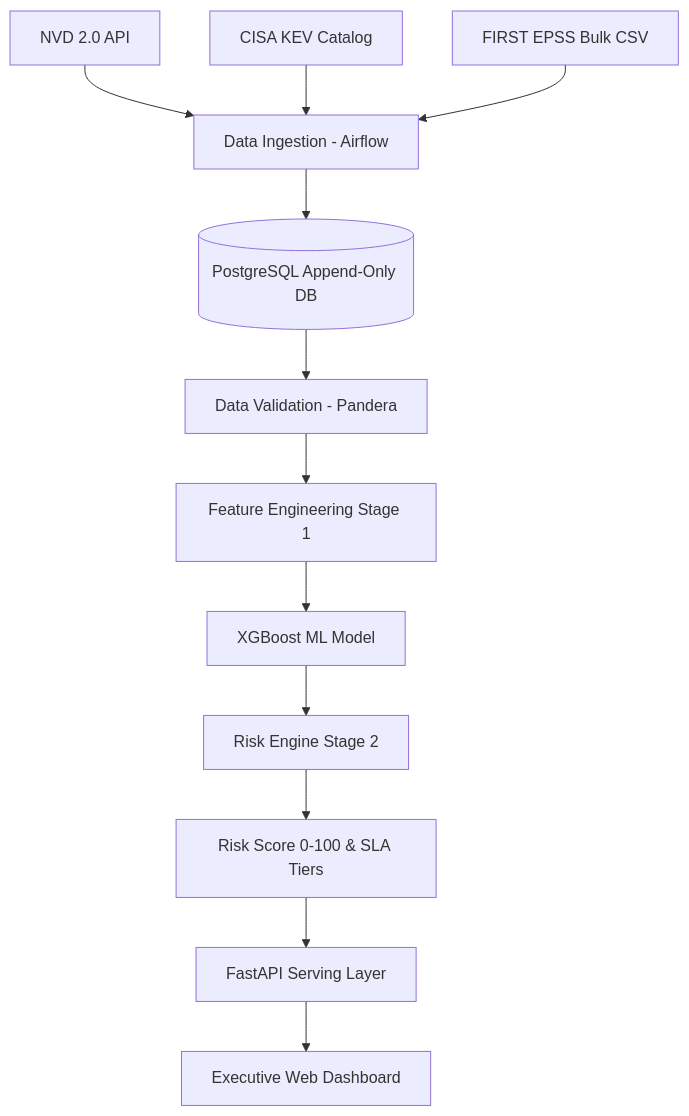
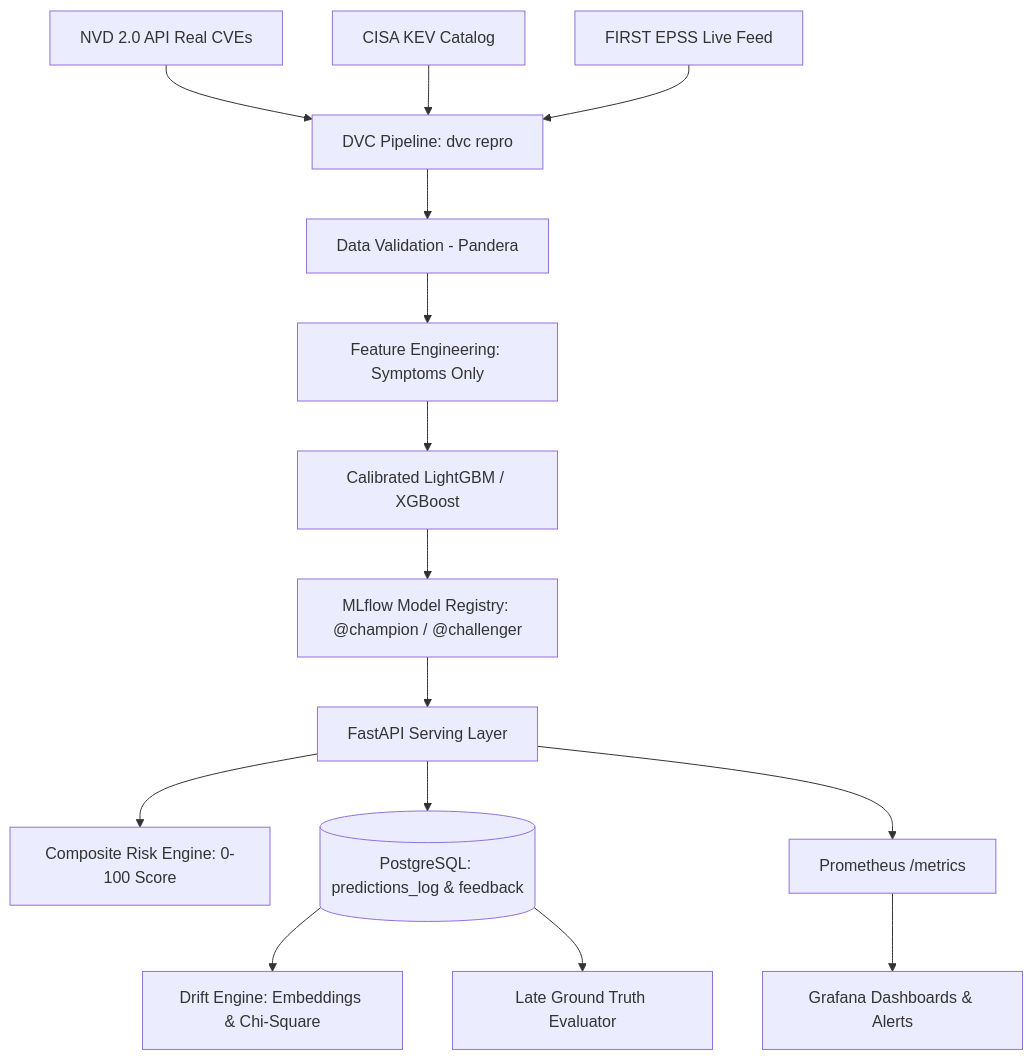
Before and after one commit to sanskar654/MlopsCP: the diagram in README.md, drawn with Mermaid. The commit also changed other lines of this file and 43 other files, not shown here.

````diff
--- a/README.md
+++ b/README.md
@@ -27,14 +37,17 @@
 ```mermaid
 flowchart TD
-    NVD[NVD 2.0 API] --> ING[Data Ingestion - Airflow]
-    KEV[CISA KEV Catalog] --> ING
-    EPSS[FIRST EPSS Bulk CSV] --> ING
-    ING --> RAW[(PostgreSQL Append-Only DB)]
-    RAW --> VAL[Data Validation - Pandera]
-    VAL --> FEAT[Feature Engineering Stage 1]
-    FEAT --> MODEL[XGBoost ML Model]
-    MODEL --> RISK[Risk Engine Stage 2]
-    RISK --> SCORE[Risk Score 0-100 & SLA Tiers]
-    SCORE --> API[FastAPI Serving Layer]
-    API --> DASH[Executive Web Dashboard]
+    NVD[NVD 2.0 API Real CVEs] --> DVC[DVC Pipeline: dvc repro]
+    KEV[CISA KEV Catalog] --> DVC
+    EPSS[FIRST EPSS Live Feed] --> DVC
+    DVC --> VAL[Data Validation - Pandera]
+    VAL --> FEAT[Feature Engineering: Symptoms Only]
+    FEAT --> MODEL[Calibrated LightGBM / XGBoost]
+    MODEL --> MLFLOW[MLflow Model Registry: @champion / @challenger]
+    MLFLOW --> SERVE[FastAPI Serving Layer]
+    SERVE --> RISK[Composite Risk Engine: 0-100 Score]
+    SERVE --> DB[(PostgreSQL: predictions_log & feedback)]
+    DB --> DRIFT[Drift Engine: Embeddings & Chi-Square]
+    DB --> LATELABEL[Late Ground Truth Evaluator]
+    SERVE --> PROM[Prometheus /metrics]
+    PROM --> GRAF[Grafana Dashboards & Alerts]
 ```
````
